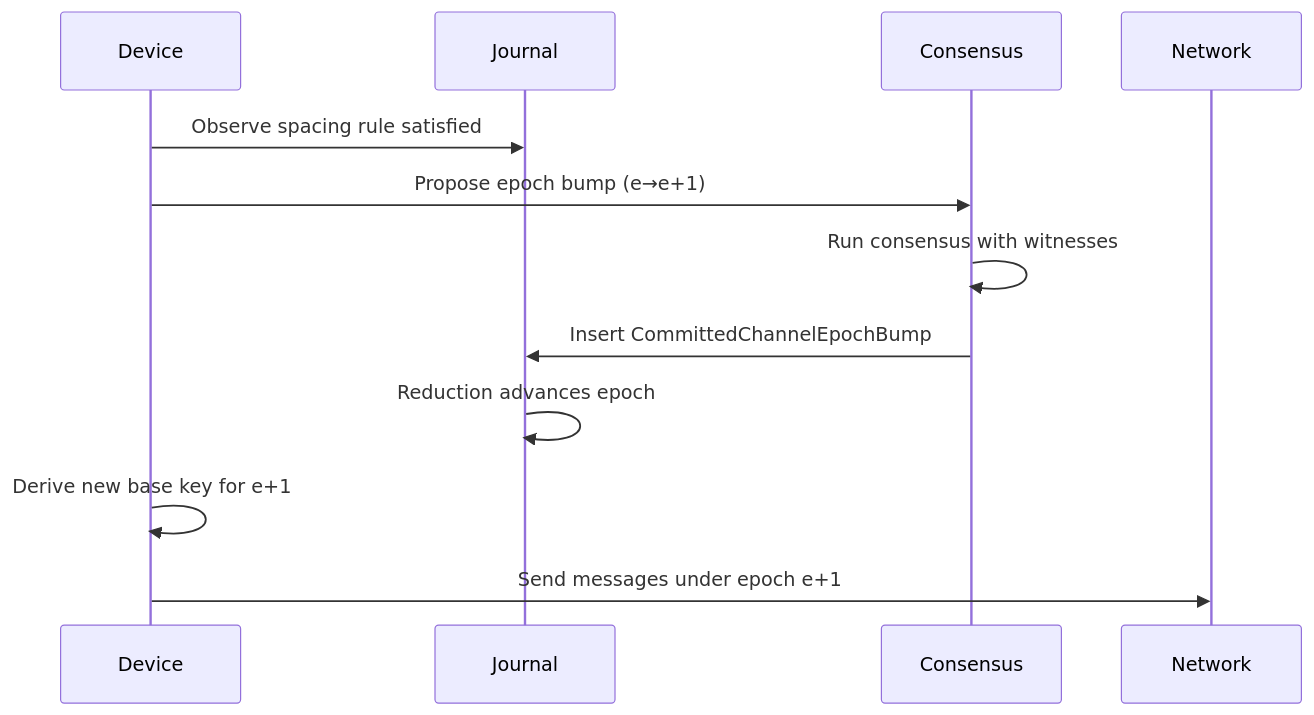
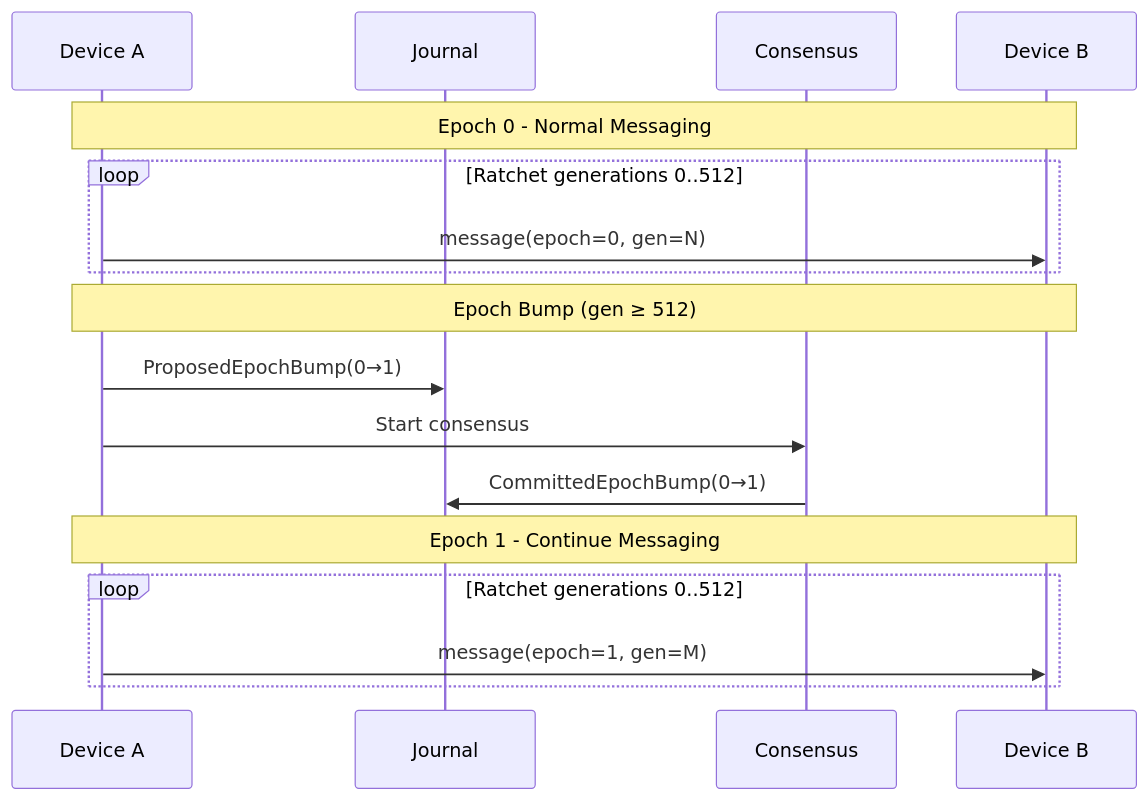
The second of 2 diagrams in docs/blog/001_group_messaging.md (hxrts/aura), drawn with Mermaid before and after one commit. The commit also changed other lines of this file and 1 other file, not shown here.

````diff
--- a/docs/blog/001_group_messaging.md
+++ b/docs/blog/001_group_messaging.md
@@ -90,15 +90,22 @@
 ```mermaid
 sequenceDiagram
-    participant D as Device
+    participant A as Device A
     participant J as Journal
     participant C as Consensus
-    participant N as Network
+    participant B as Device B
 
-    D->>J: Observe spacing rule satisfied
-    D->>C: Propose epoch bump (e→e+1)
-    C->>C: Run consensus with witnesses
-    C->>J: Insert CommittedChannelEpochBump
-    J->>J: Reduction advances epoch
-    D->>D: Derive new base key for e+1
-    D->>N: Send messages under epoch e+1
+    Note over A,B: Epoch 0 - Normal Messaging
+    loop Ratchet generations 0..512
+        A->>B: message(epoch=0, gen=N)
+    end
+
+    Note over A,B: Epoch Bump (gen ≥ 512)
+    A->>J: ProposedEpochBump(0→1)
+    A->>C: Start consensus
+    C->>J: CommittedEpochBump(0→1)
+
+    Note over A,B: Epoch 1 - Continue Messaging
+    loop Ratchet generations 0..512
+        A->>B: message(epoch=1, gen=M)
+    end
 ```
````
